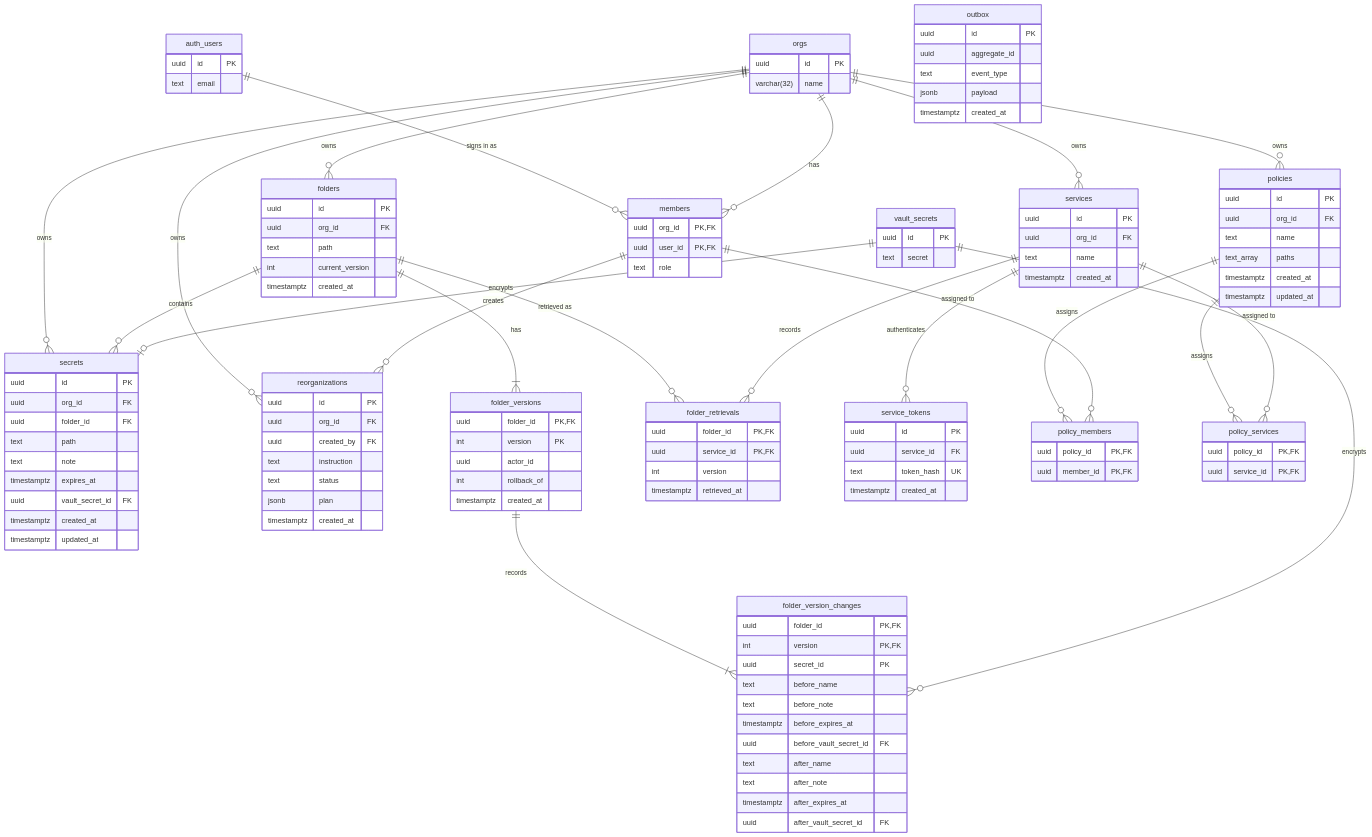
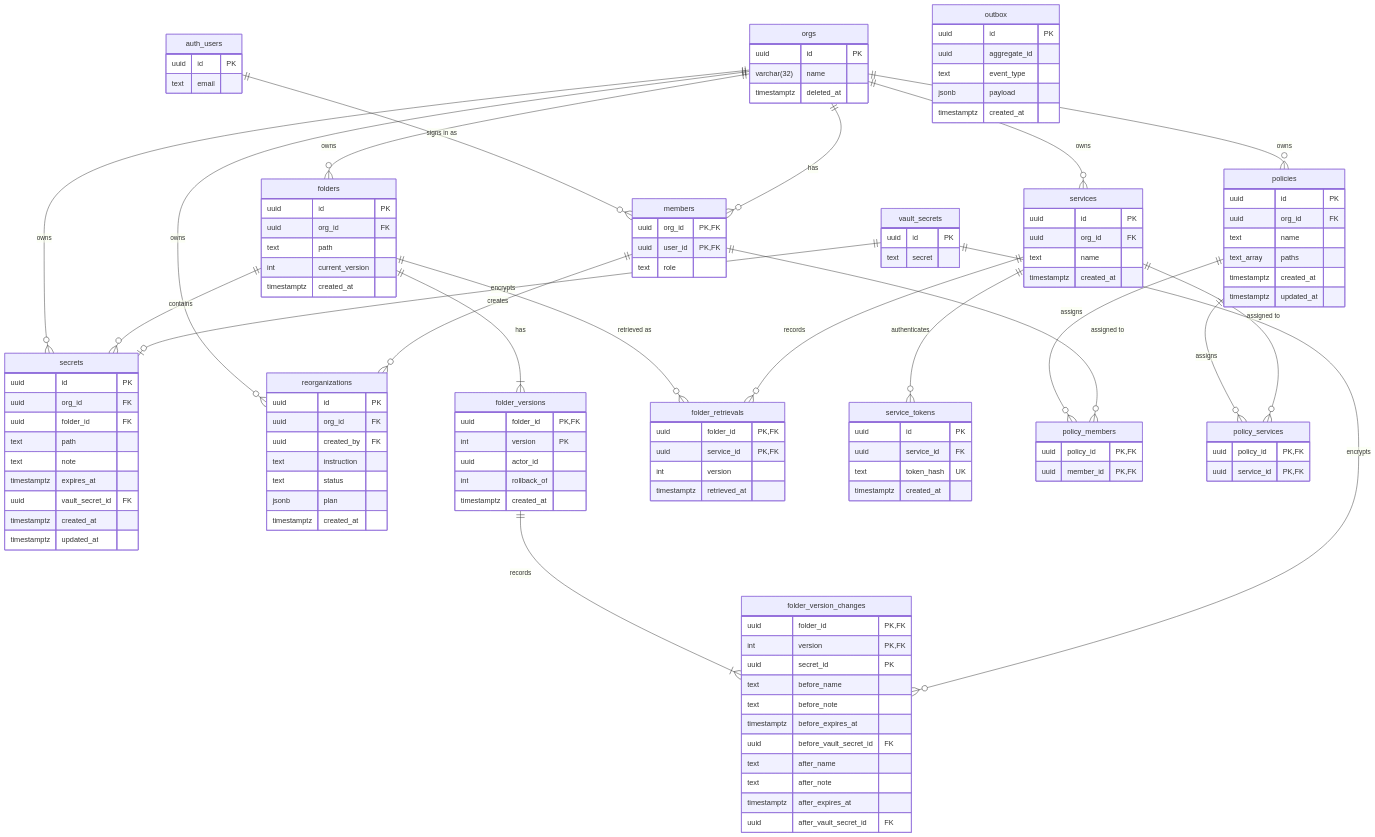
One commit to brojyf/keysy changed the diagram in wiki/database-schema.mdx. Above: the diagram before and after it, drawn with Mermaid. The commit also changed other lines of this file and 18 other files, not shown here.

```diff
--- a/wiki/database-schema.mdx
+++ b/wiki/database-schema.mdx
@@ -81,6 +85,7 @@
   orgs {
     uuid id PK
     varchar(32) name
+    timestamptz deleted_at
   }
   members {
     uuid org_id PK, FK
```
